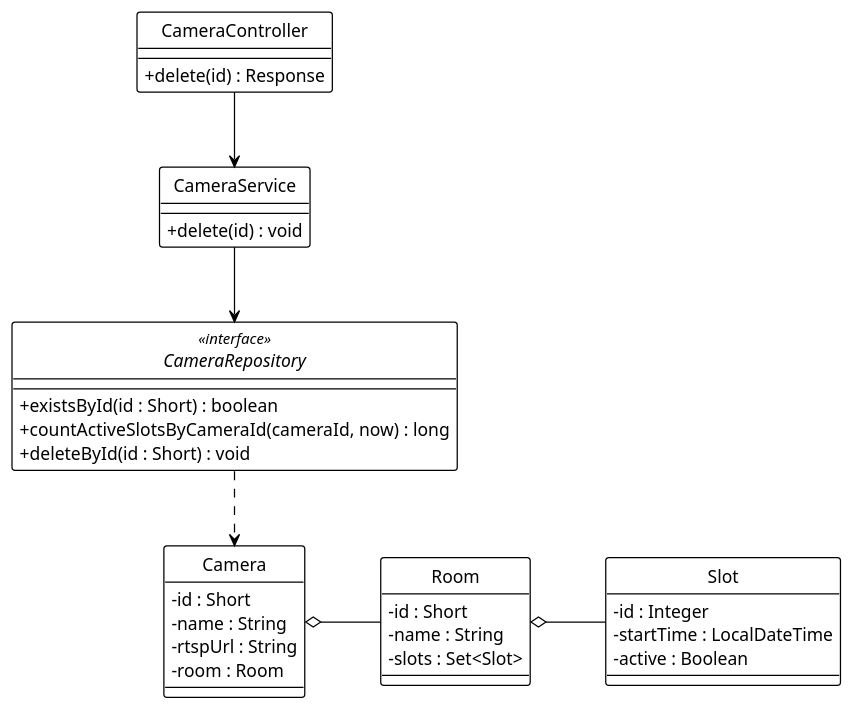
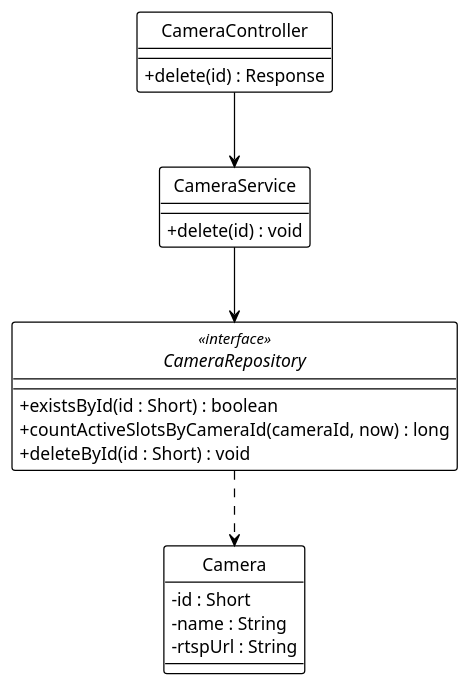
One commit to Ndh474/context changed the diagram in system_detailed_design/65_delete_camera/class_diagram_delete_camera.puml. Above: the diagram before and after it, drawn with PlantUML. The commit also changed 14 other files, not shown here.

```diff
--- a/system_detailed_design/65_delete_camera/class_diagram_delete_camera.puml
+++ b/system_detailed_design/65_delete_camera/class_diagram_delete_camera.puml
@@ -1,59 +1,42 @@
 @startuml delete_camera
 !theme plain
 hide circle
 skinparam classAttributeIconSize 0
 
 ' --- CẤU HÌNH "ORTHO" (BẮT BUỘC) ---
 skinparam linetype ortho
 skinparam nodesep 60
 skinparam ranksep 60
 
 ' --- CONTROLLER ---
 class CameraController {
   + delete(id) : Response
 }
 
 ' --- SERVICE ---
 class CameraService {
   + delete(id) : void
 }
 
 ' --- REPOSITORY ---
 interface CameraRepository <<interface>> {
   + existsById(id : Short) : boolean
   + countActiveSlotsByCameraId(cameraId, now) : long
   + deleteById(id : Short) : void
 }
 
 ' --- ENTITIES ---
 class Camera {
   - id : Short
   - name : String
   - rtspUrl : String
-  - room : Room
-}
-
-class Room {
-  - id : Short
-  - name : String
-  - slots : Set<Slot>
-}
-
-class Slot {
-  - id : Integer
-  - startTime : LocalDateTime
-  - active : Boolean
 }
 
 ' --- DEPENDENCY INJECTION (Association) ---
 CameraController -down-> CameraService
 CameraService -down-> CameraRepository
 
 ' --- REPOSITORY USAGE (Dependency) ---
 CameraRepository .down.> Camera
 
-' --- ENTITY RELATIONSHIPS (Aggregation) ---
-Camera o-right- Room
-Room o-right- Slot
-
 @enduml
```
